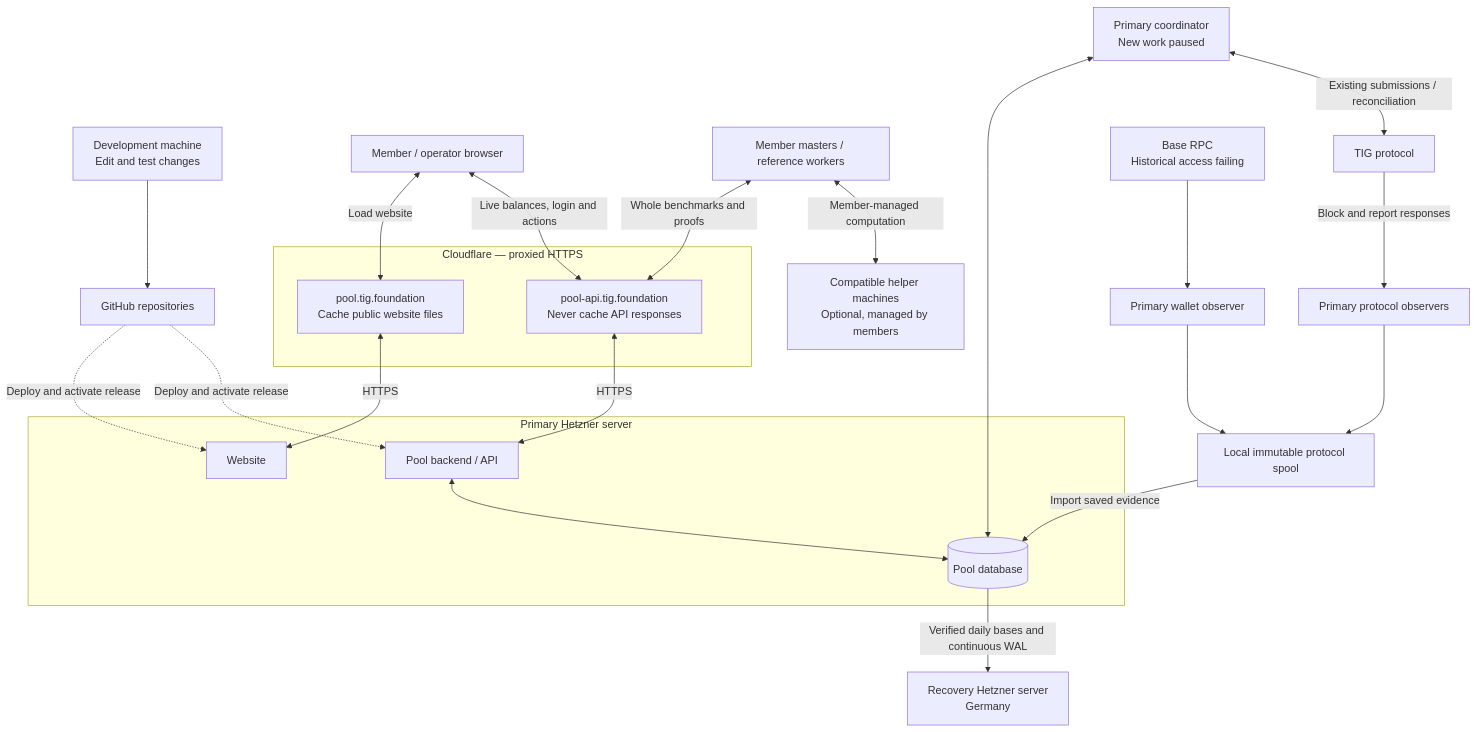
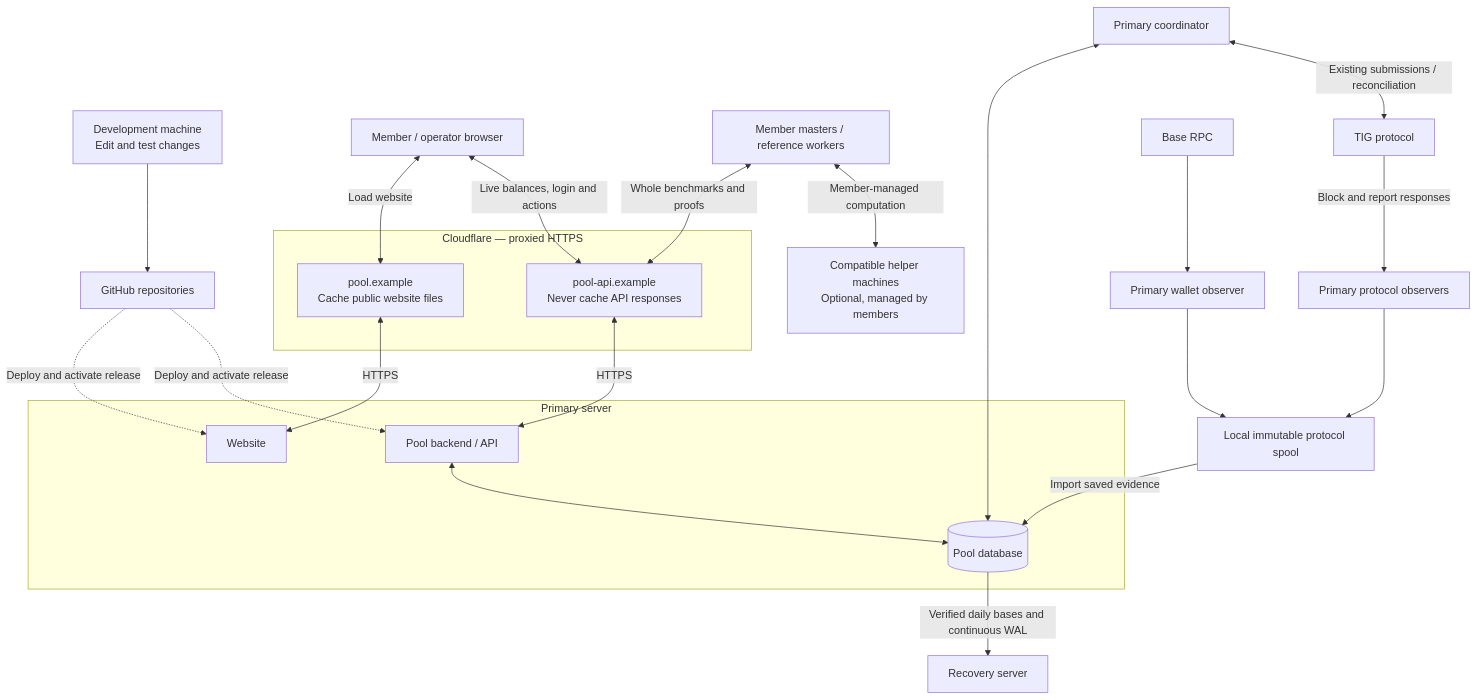
One commit to Daniel-T-S-Adams/tig-pool-v2 changed the diagram in docs/POOL_STRUCTURE.md. Above: the diagram before and after it, drawn with Mermaid. The commit also changed other lines of this file and 68 other files, not shown here.

First line of the commit message:
Prepare the pool repository for its public release

````diff
--- a/docs/POOL_STRUCTURE.md
+++ b/docs/POOL_STRUCTURE.md
@@ -9,35 +8,35 @@
 ```mermaid
 flowchart TD
     Dev["Development machine<br/>Edit and test changes"] --> Git["GitHub repositories"]
     Git -.->|Deploy and activate release| Website
     Git -.->|Deploy and activate release| API
 
     Browser["Member / operator browser"] <-->|Load website| WebProxy
     Browser <-->|Live balances, login and actions| ApiProxy
     Workers["Member masters / reference workers"] <-->|Whole benchmarks and proofs| ApiProxy
     Workers <-->|Member-managed computation| Helpers["Compatible helper machines<br/>Optional, managed by members"]
 
     subgraph Cloudflare["Cloudflare — proxied HTTPS"]
-        WebProxy["pool.tig.foundation<br/>Cache public website files"]
-        ApiProxy["pool-api.tig.foundation<br/>Never cache API responses"]
+        WebProxy["pool.example<br/>Cache public website files"]
+        ApiProxy["pool-api.example<br/>Never cache API responses"]
     end
 
     WebProxy <-->|HTTPS| Website
     ApiProxy <-->|HTTPS| API
 
-    subgraph Primary["Primary Hetzner server"]
+    subgraph Primary["Primary server"]
         Website["Website"]
         API["Pool backend / API"]
         DB[("Pool database")]
         API <--> DB
     end
 
-    Coordinator["Primary coordinator<br/>New work paused"] <--> DB
+    Coordinator["Primary coordinator"] <--> DB
     Coordinator <-->|Existing submissions / reconciliation| TIG["TIG protocol"]
     TIG -->|Block and report responses| Observers["Primary protocol observers"]
-    Base["Base RPC<br/>Historical access failing"] --> Wallet["Primary wallet observer"]
+    Base["Base RPC"] --> Wallet["Primary wallet observer"]
     Observers --> Spool["Local immutable protocol spool"]
     Wallet --> Spool
     Spool -->|Import saved evidence| DB
-    DB -->|Verified daily bases and continuous WAL| Backup["Recovery Hetzner server<br/>Germany"]
+    DB -->|Verified daily bases and continuous WAL| Backup["Recovery server"]
 ```
````
